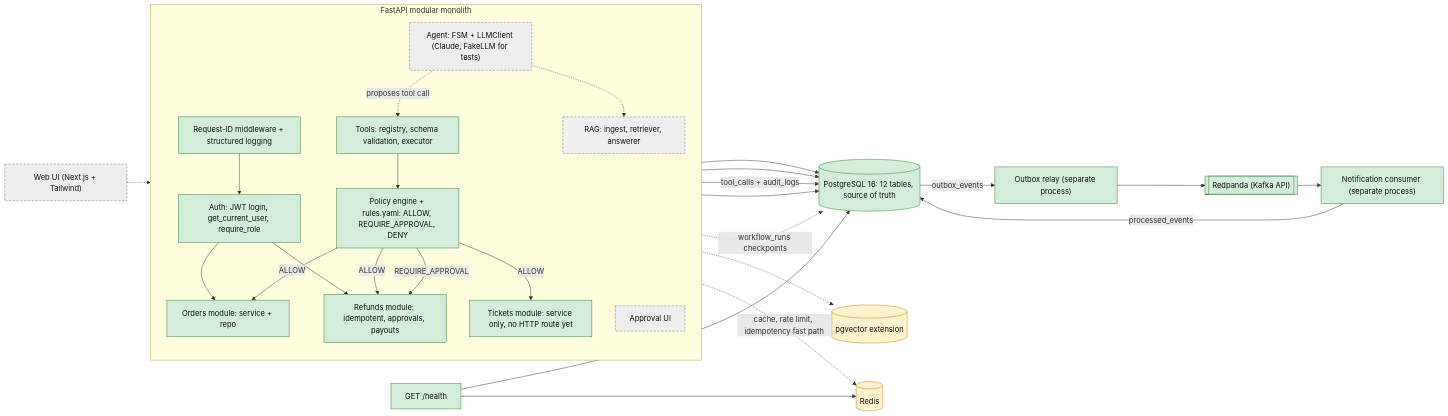
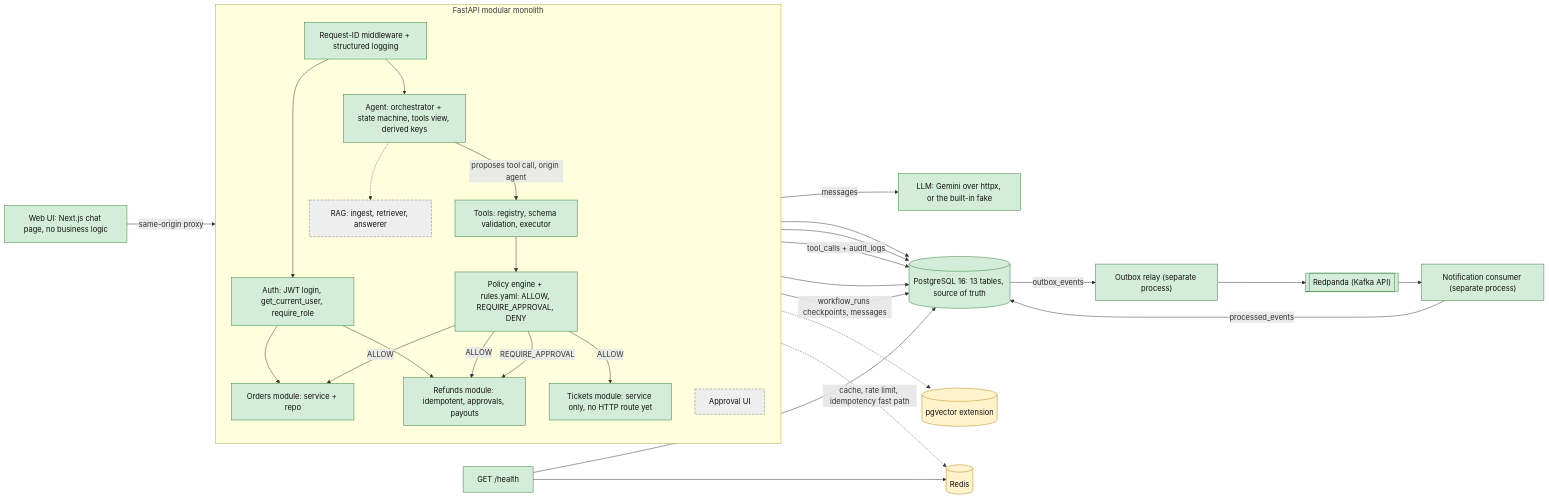
The first of 9 diagrams in docs/architecture.md (lokakshworkspace-creator/ai-customer-ops-platform), drawn with Mermaid before and after one commit. The commit also changed other lines of this file, not shown here.

Commit message:
docs/architecture.md: Phase 3 as built (the agent: state machine, chat turn flow, the gate, derived keys, limits; 13-table ER regenerated; module layout from git ls-files; golden rules updated)

````diff
--- a/docs/architecture.md
+++ b/docs/architecture.md
@@ -17,52 +18,55 @@
 ```mermaid
 flowchart LR
     classDef built fill:#d4edda,stroke:#2e7d32,color:#111
     classDef prov fill:#fff3cd,stroke:#b8860b,color:#111
     classDef planned fill:#eeeeee,stroke:#777,stroke-dasharray: 5 3,color:#111
 
-    UI["Web UI (Next.js + Tailwind)"]:::planned
+    UI["Web UI: Next.js chat page, no business logic"]:::built
     HEALTH["GET /health"]:::built
 
     subgraph API["FastAPI modular monolith"]
         direction TB
         MW["Request-ID middleware + structured logging"]:::built
         AUTH["Auth: JWT login, get_current_user, require_role"]:::built
         ORD["Orders module: service + repo"]:::built
         REF["Refunds module: idempotent, approvals, payouts"]:::built
         TKT["Tickets module: service only, no HTTP route yet"]:::built
         TOOLS["Tools: registry, schema validation, executor"]:::built
         POL["Policy engine + rules.yaml: ALLOW, REQUIRE_APPROVAL, DENY"]:::built
-        AGENT["Agent: FSM + LLMClient (Claude, FakeLLM for tests)"]:::planned
+        AGENT["Agent: orchestrator + state machine, tools view, derived keys"]:::built
         APPRUI["Approval UI"]:::planned
         RAG["RAG: ingest, retriever, answerer"]:::planned
     end
 
-    PG[("PostgreSQL 16: 12 tables, source of truth")]:::built
+    LLM["LLM: Gemini over httpx, or the built-in fake"]:::built
+    PG[("PostgreSQL 16: 13 tables, source of truth")]:::built
     VEC[("pgvector extension")]:::prov
     RD[("Redis")]:::prov
     RELAY["Outbox relay (separate process)"]:::built
     CONS["Notification consumer (separate process)"]:::built
     RP[["Redpanda (Kafka API)"]]:::built
 
-    UI -.-> MW
+    UI -- "same-origin proxy" --> MW
+    MW --> AGENT
+    AGENT -- "messages" --> LLM
     MW --> AUTH --> ORD --> PG
     AUTH --> REF --> PG
     HEALTH --> PG
     HEALTH --> RD
 
-    AGENT -. "proposes tool call" .-> TOOLS
+    AGENT -- "proposes tool call, origin agent" --> TOOLS
     TOOLS --> POL
     POL -- "ALLOW" --> ORD
     POL -- "ALLOW" --> REF
     POL -- "ALLOW" --> TKT
     POL -- "REQUIRE_APPROVAL" --> REF
     TOOLS -- "tool_calls + audit_logs" --> PG
     TKT --> PG
-    AGENT -. "workflow_runs checkpoints" .-> PG
+    AGENT -- "workflow_runs checkpoints, messages" --> PG
     AGENT -.-> RAG
     RAG -.-> VEC
     TOOLS -. "cache, rate limit, idempotency fast path" .-> RD
     PG -- "outbox_events" --> RELAY
     RELAY --> RP --> CONS
     CONS -- "processed_events" --> PG
 ```
````
